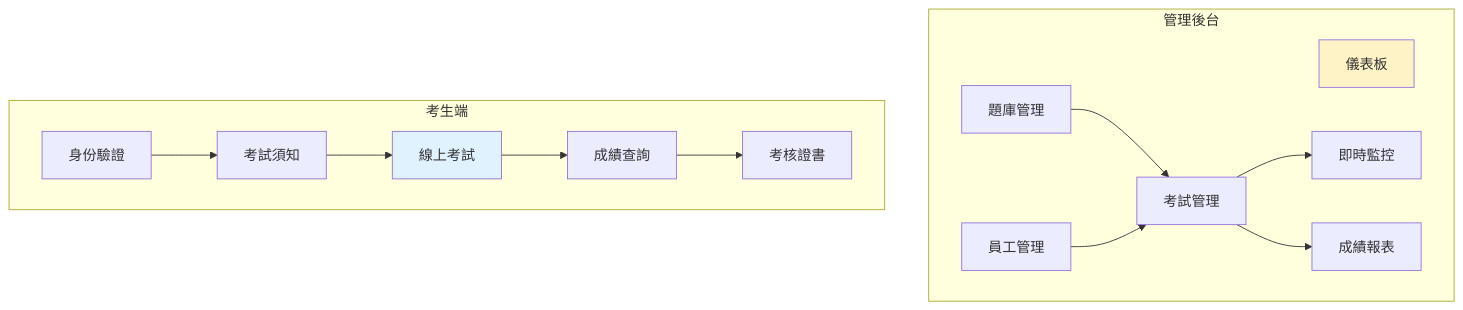
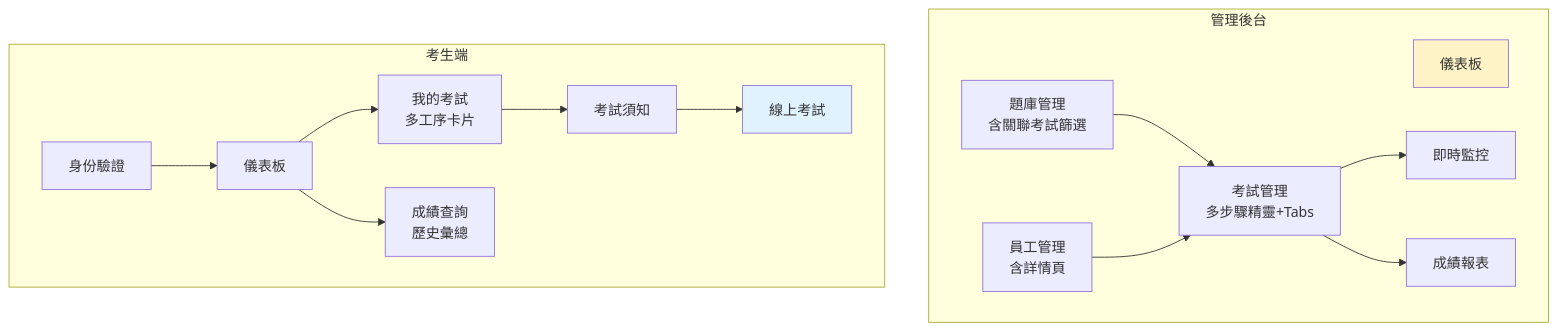
One commit to Aken-Teams/hr-online-test changed the second of 7 diagrams in SDD-Client.md. Above: the diagram before and after it, drawn with Mermaid. The commit also changed other lines of this file and 81 other files, not shown here.

````diff
--- a/SDD-Client.md
+++ b/SDD-Client.md
@@ -41,28 +42,32 @@
 ```mermaid
 graph TB
     subgraph 管理後台
         DASH[儀表板]
-        QB[題庫管理]
-        EM[員工管理]
-        EX[考試管理]
+        QB[題庫管理<br/>含關聯考試篩選]
+        EM[員工管理<br/>含詳情頁]
+        EX[考試管理<br/>多步驟精靈+Tabs]
         MON[即時監控]
         RPT[成績報表]
     end
 
     subgraph 考生端
         LOGIN[身份驗證]
+        HOME[儀表板]
+        MYEXAM[我的考試<br/>多工序卡片]
         INST[考試須知]
         TEST[線上考試]
-        SCORE[成績查詢]
-        CERT[考核證書]
+        SCORE[成績查詢<br/>歷史彙總]
     end
 
     QB --> EX
     EM --> EX
     EX --> MON
     EX --> RPT
-    LOGIN --> INST --> TEST --> SCORE --> CERT
+    LOGIN --> HOME
+    HOME --> MYEXAM
+    HOME --> SCORE
+    MYEXAM --> INST --> TEST
 
     style DASH fill:#fef3c7
     style TEST fill:#e0f2fe
 ```
````
